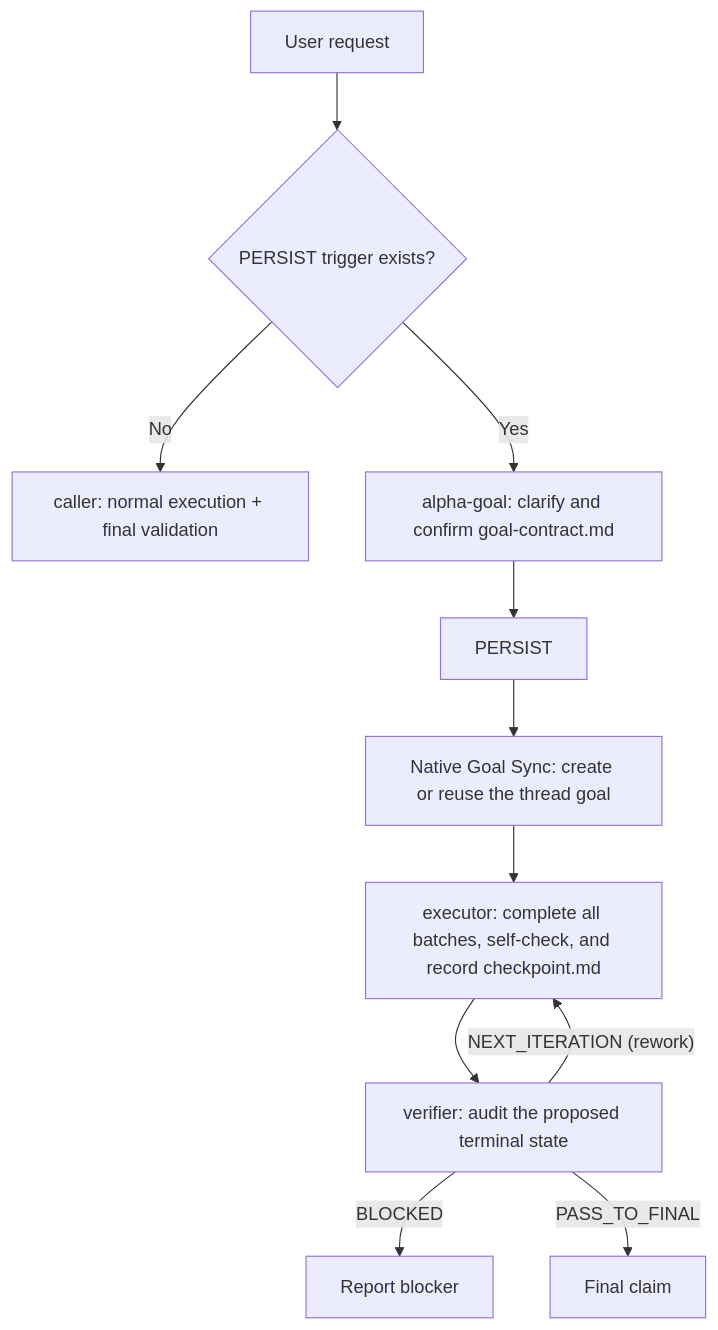
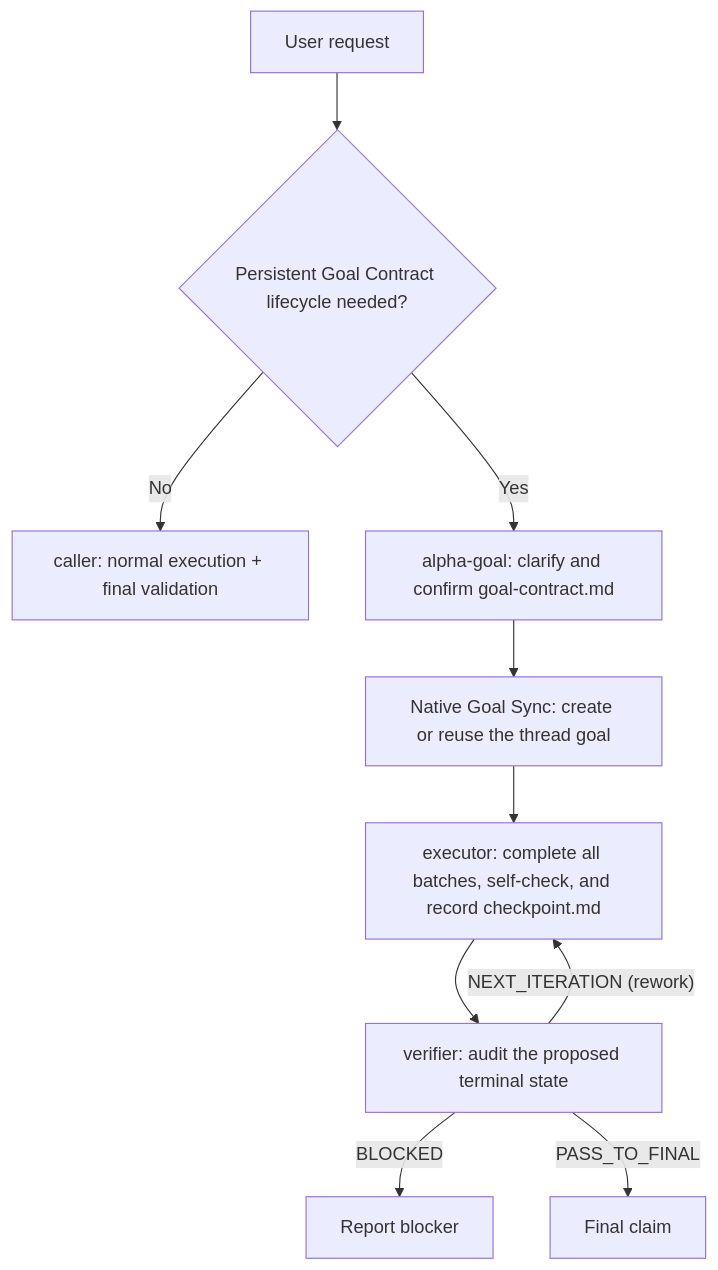
Before and after one commit to azhonglee/alpha-goal: the diagram in README.en.md, drawn with Mermaid. The commit also changed other lines of this file and 16 other files, not shown here.

````diff
--- a/README.en.md
+++ b/README.en.md
@@ -42,13 +42,12 @@
 ```mermaid
 flowchart TD
-  Q["User request"] --> R{"PERSIST trigger exists?"}
+  Q["User request"] --> R{"Persistent Goal Contract lifecycle needed?"}
   R -->|"No"| D["caller: normal execution + final validation"]
   R -->|"Yes"| A["alpha-goal: clarify and confirm goal-contract.md"]
-  A --> P["PERSIST"]
-  P --> S["Native Goal Sync: create or reuse the thread goal"]
+  A --> S["Native Goal Sync: create or reuse the thread goal"]
   S --> E["executor: complete all batches, self-check, and record checkpoint.md"]
   E --> V["verifier: audit the proposed terminal state"]
   V -->|"NEXT_ITERATION (rework)"| E
   V -->|"BLOCKED"| B["Report blocker"]
   V -->|"PASS_TO_FINAL"| F["Final claim"]
 ```
````
